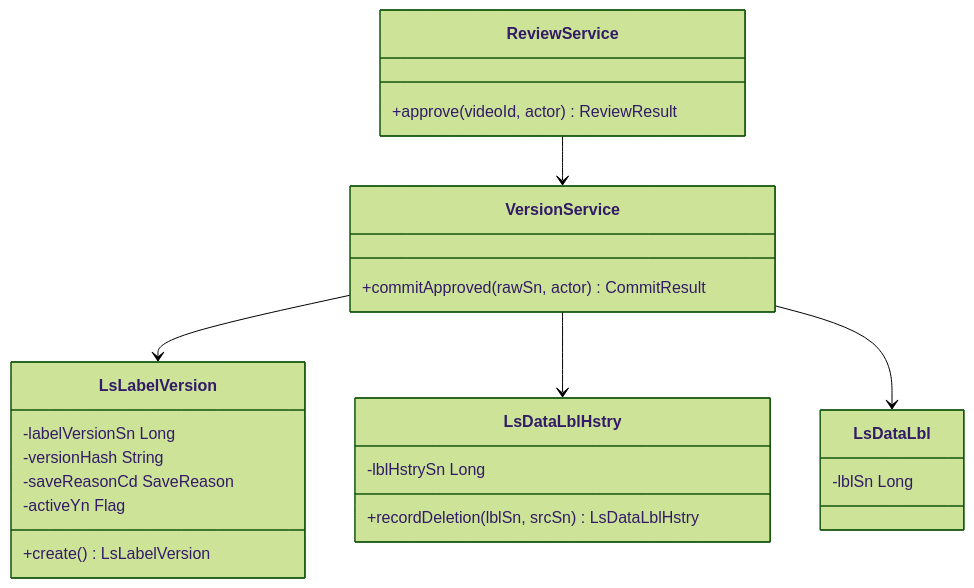
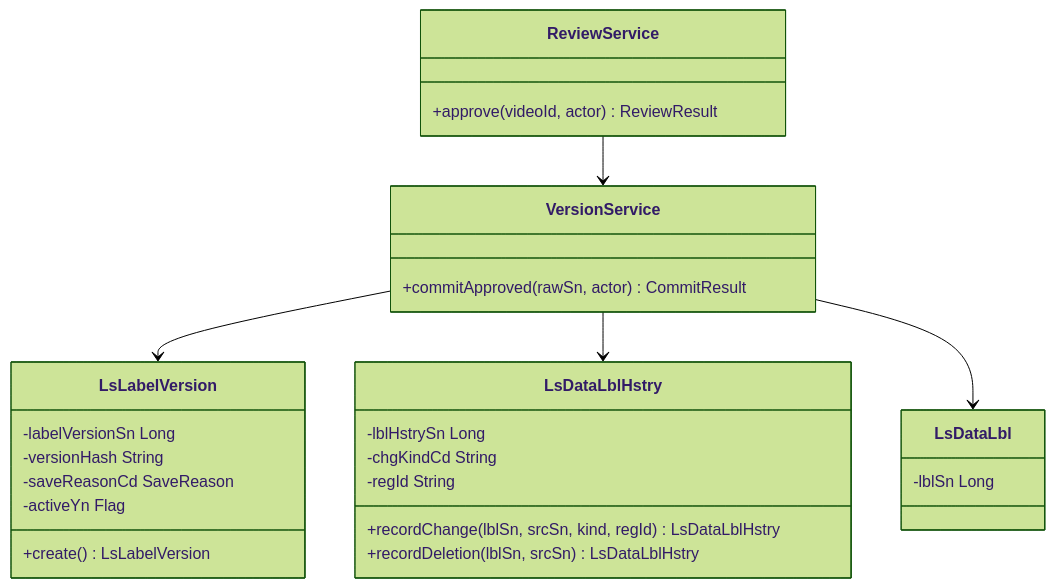
Diagram 34 of 54 in docs/design-full/D1-클래스설계서.md (New-stella/klid-label), drawn with Mermaid (forest theme) before and after one commit. The commit also changed other lines of this file and 78 other files, not shown here.

````diff
--- a/docs/design-full/D1-클래스설계서.md
+++ b/docs/design-full/D1-클래스설계서.md
@@ -1315,27 +1311,30 @@
 ```mermaid
 classDiagram
     class ReviewService {
         +approve(videoId, actor) ReviewResult
     }
     class VersionService {
         +commitApproved(rawSn, actor) CommitResult
     }
     class LsLabelVersion {
         -labelVersionSn Long
         -versionHash String
         -saveReasonCd SaveReason
         -activeYn Flag
         +create() LsLabelVersion
     }
     class LsDataLblHstry {
         -lblHstrySn Long
+        -chgKindCd String
+        -regId String
+        +recordChange(lblSn, srcSn, kind, regId) LsDataLblHstry
         +recordDeletion(lblSn, srcSn) LsDataLblHstry
     }
     class LsDataLbl {
         -lblSn Long
     }
     ReviewService --> VersionService
     VersionService --> LsLabelVersion
     VersionService --> LsDataLblHstry
     VersionService --> LsDataLbl
 ```
````
